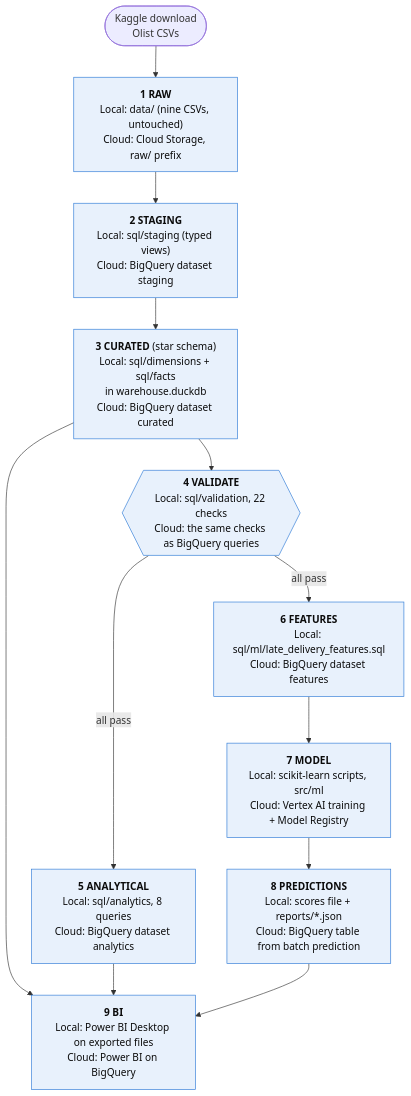
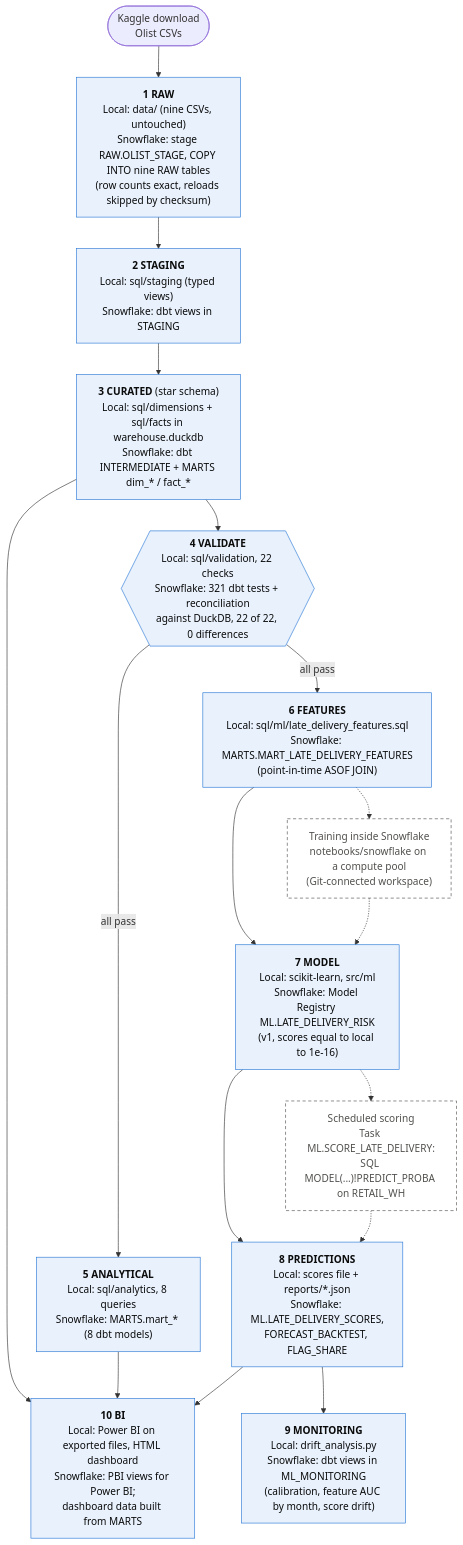
Before and after one commit to garcane/Retail-Analytics-Forecasting-Customer-Intelligence: the diagram in README.md, drawn with Mermaid. The commit also changed other lines of this file, not shown here.

Commit message:
docs(readme): redraw the data architecture diagram for Snowflake
Each layer now shows the local (DuckDB) implementation and its Snowflake counterpart instead of the
unbuilt Google Cloud design: stage + COPY INTO, dbt staging/intermediate/marts, dbt tests plus the
22/22 reconciliation, the feature mart, the Model Registry, the ML tables, a new MONITORING layer
(ML_MONITORING views) and the PBI views. Training in a Snowflake workspace and the scheduled
scoring task are drawn dashed: built, waiting for the account-level approvals.

````diff
--- a/README.md
+++ b/README.md
@@ -38,25 +38,33 @@
 ```mermaid
 flowchart TB
     K(["Kaggle download<br/>Olist CSVs"]) --> RAW
 
-    RAW["<b>1 RAW</b><br/>Local: data/ (nine CSVs, untouched)<br/>Cloud: Cloud Storage, raw/ prefix"]
-    STG["<b>2 STAGING</b><br/>Local: sql/staging (typed views)<br/>Cloud: BigQuery dataset staging"]
-    CUR["<b>3 CURATED</b> (star schema)<br/>Local: sql/dimensions + sql/facts<br/>in warehouse.duckdb<br/>Cloud: BigQuery dataset curated"]
-    CHK{{"<b>4 VALIDATE</b><br/>Local: sql/validation, 22 checks<br/>Cloud: the same checks as BigQuery queries"}}
-    ANA["<b>5 ANALYTICAL</b><br/>Local: sql/analytics, 8 queries<br/>Cloud: BigQuery dataset analytics"]
-    FEA["<b>6 FEATURES</b><br/>Local: sql/ml/late_delivery_features.sql<br/>Cloud: BigQuery dataset features"]
-    MOD["<b>7 MODEL</b><br/>Local: scikit-learn scripts, src/ml<br/>Cloud: Vertex AI training + Model Registry"]
-    PRE["<b>8 PREDICTIONS</b><br/>Local: scores file + reports/*.json<br/>Cloud: BigQuery table from batch prediction"]
-    BI["<b>9 BI</b><br/>Local: Power BI Desktop on exported files<br/>Cloud: Power BI on BigQuery"]
+    RAW["<b>1 RAW</b><br/>Local: data/ (nine CSVs, untouched)<br/>Snowflake: stage RAW.OLIST_STAGE, COPY INTO nine RAW tables<br/>(row counts exact, reloads skipped by checksum)"]
+    STG["<b>2 STAGING</b><br/>Local: sql/staging (typed views)<br/>Snowflake: dbt views in STAGING"]
+    CUR["<b>3 CURATED</b> (star schema)<br/>Local: sql/dimensions + sql/facts in warehouse.duckdb<br/>Snowflake: dbt INTERMEDIATE + MARTS dim_* / fact_*"]
+    CHK{{"<b>4 VALIDATE</b><br/>Local: sql/validation, 22 checks<br/>Snowflake: 321 dbt tests + reconciliation<br/>against DuckDB, 22 of 22, 0 differences"}}
+    ANA["<b>5 ANALYTICAL</b><br/>Local: sql/analytics, 8 queries<br/>Snowflake: MARTS.mart_* (8 dbt models)"]
+    FEA["<b>6 FEATURES</b><br/>Local: sql/ml/late_delivery_features.sql<br/>Snowflake: MARTS.MART_LATE_DELIVERY_FEATURES<br/>(point-in-time ASOF JOIN)"]
+    MOD["<b>7 MODEL</b><br/>Local: scikit-learn, src/ml<br/>Snowflake: Model Registry ML.LATE_DELIVERY_RISK<br/>(v1, scores equal to local to 1e-16)"]
+    PRE["<b>8 PREDICTIONS</b><br/>Local: scores file + reports/*.json<br/>Snowflake: ML.LATE_DELIVERY_SCORES,<br/>FORECAST_BACKTEST, FLAG_SHARE"]
+    MON["<b>9 MONITORING</b><br/>Local: drift_analysis.py<br/>Snowflake: dbt views in ML_MONITORING<br/>(calibration, feature AUC by month, score drift)"]
+    BI["<b>10 BI</b><br/>Local: Power BI on exported files, HTML dashboard<br/>Snowflake: PBI views for Power BI;<br/>dashboard data built from MARTS"]
+
+    NB["Training inside Snowflake<br/>notebooks/snowflake on a compute pool<br/>(Git-connected workspace)"]
+    TSK["Scheduled scoring<br/>Task ML.SCORE_LATE_DELIVERY:<br/>SQL MODEL(...)!PREDICT_PROBA on RETAIL_WH"]
 
     RAW --> STG --> CUR --> CHK
     CHK -- "all pass" --> ANA
     CHK -- "all pass" --> FEA
-    FEA --> MOD --> PRE
+    FEA --> MOD --> PRE --> MON
     CUR --> BI
     ANA --> BI
     PRE --> BI
+    FEA -.-> NB -.-> MOD
+    MOD -.-> TSK -.-> PRE
 
     classDef built fill:#e8f1fc,stroke:#2a78d6,color:#0b0b0b
-    class RAW,STG,CUR,CHK,ANA,FEA,MOD,PRE,BI built
+    classDef pending fill:#ffffff,stroke:#52514e,stroke-dasharray:5 4,color:#52514e
+    class RAW,STG,CUR,CHK,ANA,FEA,MOD,PRE,MON,BI built
+    class NB,TSK pending
 ```
````
